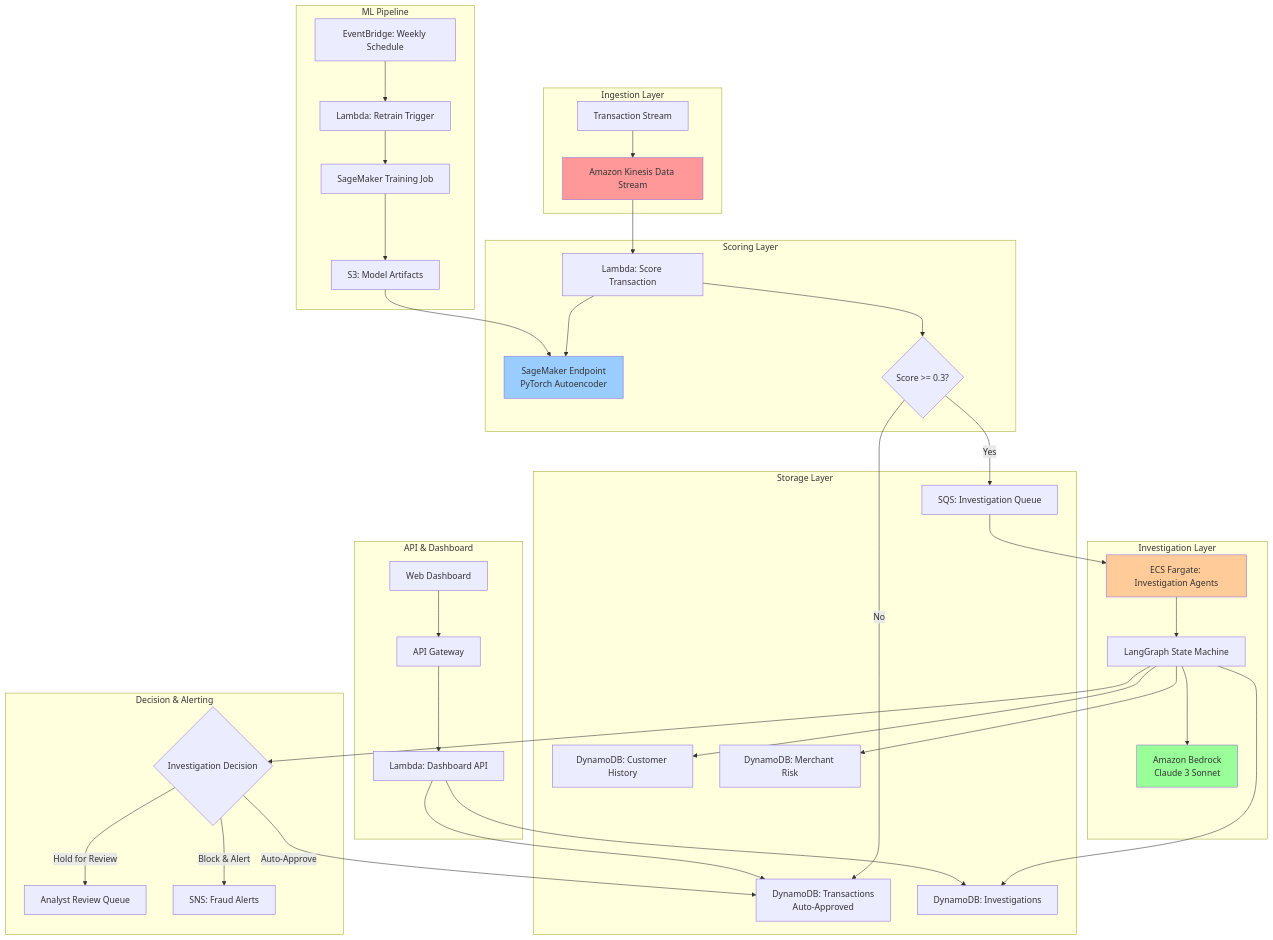
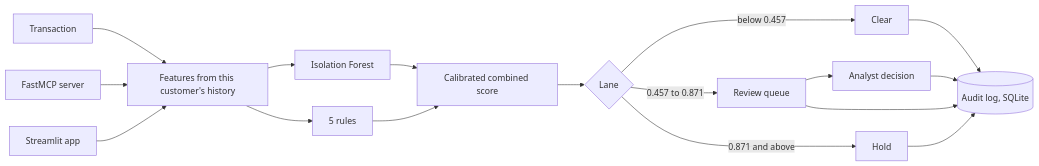
One commit to johnathan-horner/financial-anomaly-detection changed the diagram in README.md. Above: the diagram before and after it, drawn with Mermaid. The commit also changed other lines of this file and 72 other files, not shown here.

````diff
--- a/README.md
+++ b/README.md
@@ -15,55 +76,19 @@
 ```mermaid
-flowchart TB
-    subgraph "Ingestion Layer"
-        A[Transaction Stream] --> B[Amazon Kinesis Data Stream]
-    end
-
-    subgraph "Scoring Layer"
-        B --> C[Lambda: Score Transaction]
-        C --> D[SageMaker Endpoint<br/>PyTorch Autoencoder]
-        C --> E{Score >= 0.3?}
-    end
-
-    subgraph "Storage Layer"
-        E -->|No| F[DynamoDB: Transactions<br/>Auto-Approved]
-        E -->|Yes| G[SQS: Investigation Queue]
-        H[DynamoDB: Customer History]
-        I[DynamoDB: Merchant Risk]
-        J[DynamoDB: Investigations]
-    end
-
-    subgraph "Investigation Layer"
-        G --> K[ECS Fargate: Investigation Agents]
-        K --> L[LangGraph State Machine]
-        L --> M[Amazon Bedrock<br/>Claude 3 Sonnet]
-        L --> H
-        L --> I
-        L --> J
-    end
-
-    subgraph "Decision & Alerting"
-        L --> N{Investigation Decision}
-        N -->|Auto-Approve| F
-        N -->|Hold for Review| O[Analyst Review Queue]
-        N -->|Block & Alert| P[SNS: Fraud Alerts]
-    end
-
-    subgraph "API & Dashboard"
-        Q[API Gateway] --> R[Lambda: Dashboard API]
-        R --> F
-        R --> J
-        S[Web Dashboard] --> Q
-    end
-
-    subgraph "ML Pipeline"
-        T[EventBridge: Weekly Schedule] --> U[Lambda: Retrain Trigger]
-        U --> V[SageMaker Training Job]
-        V --> W[S3: Model Artifacts]
-        W --> D
-    end
-
-    style B fill:#ff9999
-    style D fill:#99ccff
-    style M fill:#99ff99
-    style K fill:#ffcc99
+flowchart LR
+    T[Transaction] --> F[Features from this customer's history]
+    F --> M[Isolation Forest]
+    F --> R[5 rules]
+    M --> C[Calibrated combined score]
+    R --> C
+    C --> L{Lane}
+    L -- below 0.457 --> CL[Clear]
+    L -- 0.457 to 0.871 --> Q[Review queue]
+    L -- 0.871 and above --> H[Hold]
+    Q --> A[Analyst decision]
+    CL --> LOG[(Audit log, SQLite)]
+    Q --> LOG
+    H --> LOG
+    A --> LOG
+    MCP[FastMCP server] --> F
+    UI[Streamlit app] --> F
 ```
````
